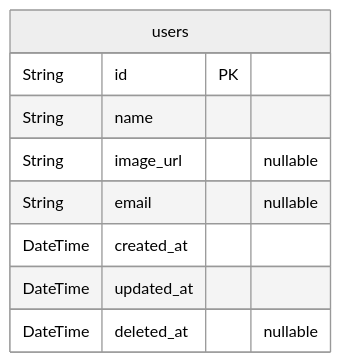
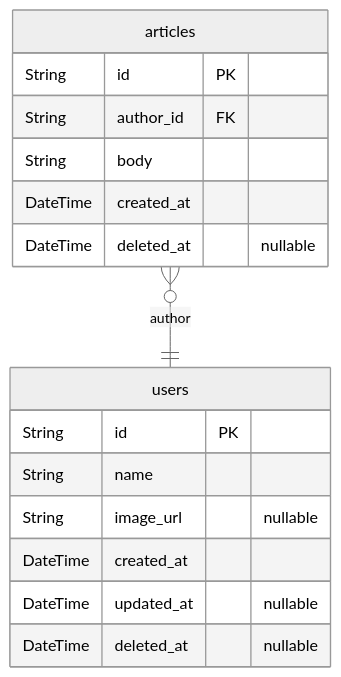
The diagram in ERD.md (rojiwon123/safe-nest-template), drawn with Mermaid (neutral theme) before and after one commit. The commit also changed other lines of this file and 65 other files, not shown here.

````diff
--- a/ERD.md
+++ b/ERD.md
@@ -178,12 +9,19 @@
 ```mermaid
 erDiagram
-users {
+"users" {
     String id PK
     String name
     String image_url "nullable"
-    String email "nullable"
     DateTime created_at
-    DateTime updated_at
+    DateTime updated_at "nullable"
     DateTime deleted_at "nullable"
 }
+"articles" {
+    String id PK
+    String author_id FK
+    String body
+    DateTime created_at
+    DateTime deleted_at "nullable"
+}
+"articles" }o--|| "users" : author
 ```
````
